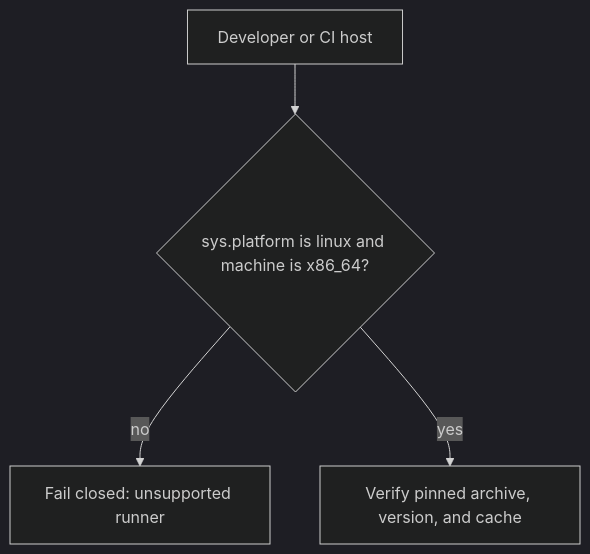
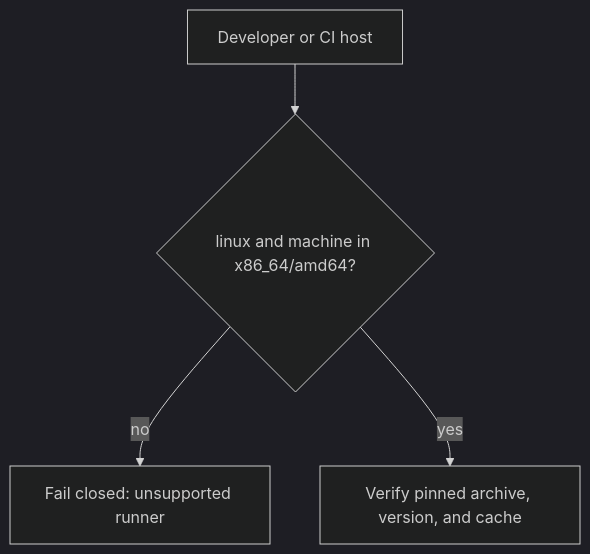
One commit to ContextualWisdomLab/.github changed the second of 3 diagrams in ARCHITECTURE.md. Above: the diagram before and after it, drawn with Mermaid (dark theme). The commit also changed other lines of this file and 6 other files, not shown here.

First line of the commit message:
fix(coverage): treat linux amd64 as the pinned uv ISA

````diff
--- a/ARCHITECTURE.md
+++ b/ARCHITECTURE.md
@@ -30,11 +30,11 @@
 ```mermaid
 flowchart TD
   Host["Developer or CI host"]
-  Gate{"sys.platform is linux and machine is x86_64?"}
+  Gate{"linux and machine in x86_64/amd64?"}
   Install["Verify pinned archive, version, and cache"]
   Reject["Fail closed: unsupported runner"]
 
   Host --> Gate
   Gate -->|"no"| Reject
   Gate -->|"yes"| Install
 ```
````
